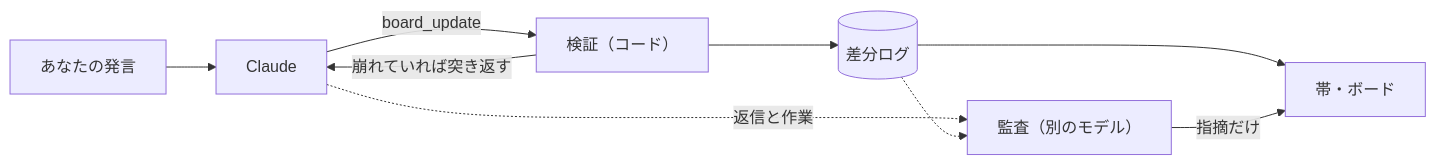
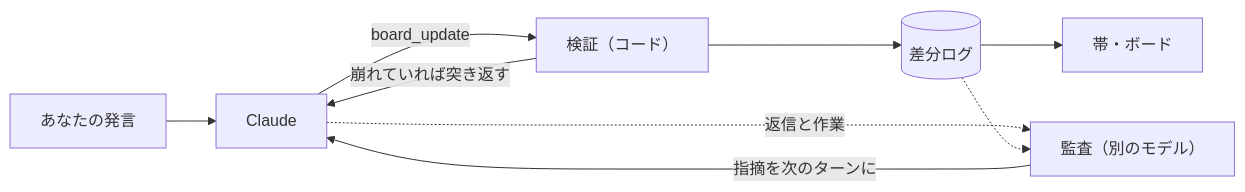
Before and after one commit to uzusio/claude-code-discourse-state: the diagram in README.md, drawn with Mermaid. The commit also changed other lines of this file and 7 other files, not shown here.

First line of the commit message:
監査をやりすぎない：意図の読みが外れている兆しだけを見て、Claude にだけ返す

````diff
--- a/README.md
+++ b/README.md
@@ -51,11 +51,11 @@
 ```mermaid
 flowchart LR
   you[あなたの発言] --> claude[Claude]
   claude -- board_update --> check[検証（コード）]
   check -- 崩れていれば突き返す --> claude
   check --> log[(差分ログ)]
   log --> ui[帯・ボード]
   claude -. 返信と作業 .-> audit[監査（別のモデル）]
   log -.-> audit
-  audit -- 指摘だけ --> ui
+  audit -- 指摘を次のターンに --> claude
 ```
````
